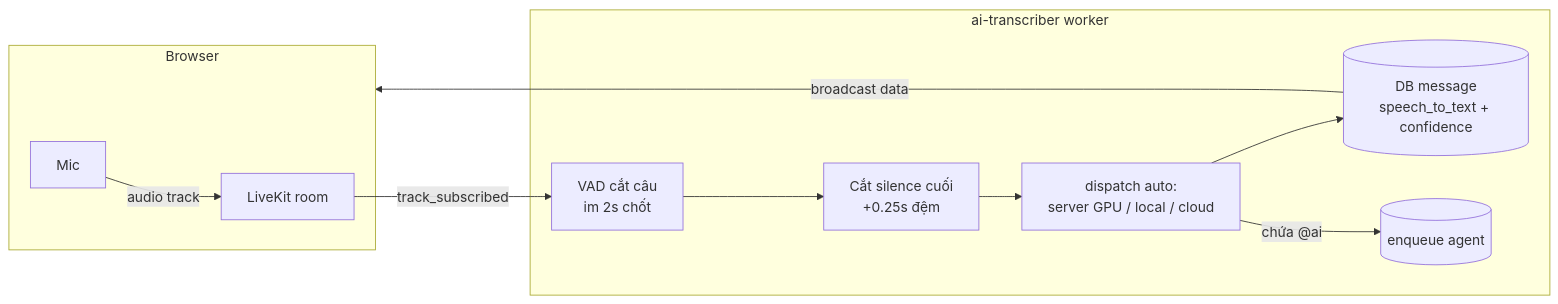
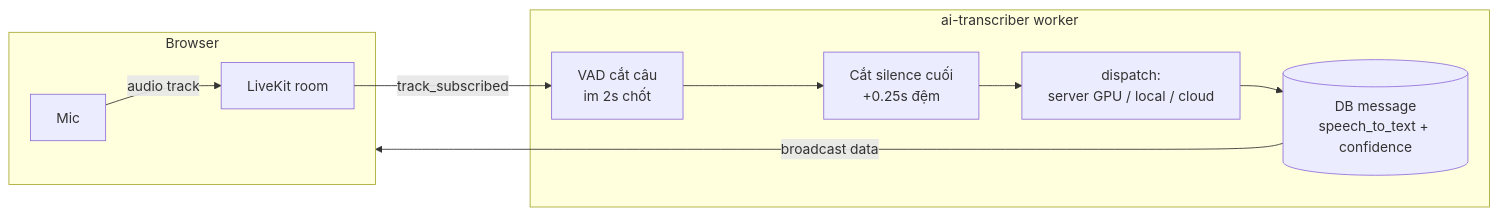
One commit to bexanhtuoi/E-Room changed the fifth of 14 diagrams in docs/workflow.md. Above: the diagram before and after it, drawn with Mermaid. The commit also changed other lines of this file and 5 other files, not shown here.

````diff
--- a/docs/workflow.md
+++ b/docs/workflow.md
@@ -76,14 +76,13 @@
 ```mermaid
 flowchart LR
     subgraph B[Browser]
         MIC[Mic] -->|audio track| L1
     end
     subgraph B2[ai-transcriber worker]
         L1[LiveKit room] -->|track_subscribed| VAD[VAD cắt câu<br/>im 2s chốt]
         VAD --> TRIM[Cắt silence cuối<br/>+0.25s đệm]
-        TRIM --> STT[dispatch auto:<br/>server GPU / local / cloud]
+        TRIM --> STT[dispatch:<br/>server GPU / local / cloud]
         STT --> SAVE[(DB message<br/>speech_to_text + confidence)]
-        STT -->|chứa @ai| Q[(enqueue agent)]
     end
     SAVE -->|broadcast data| B
 ```
````
